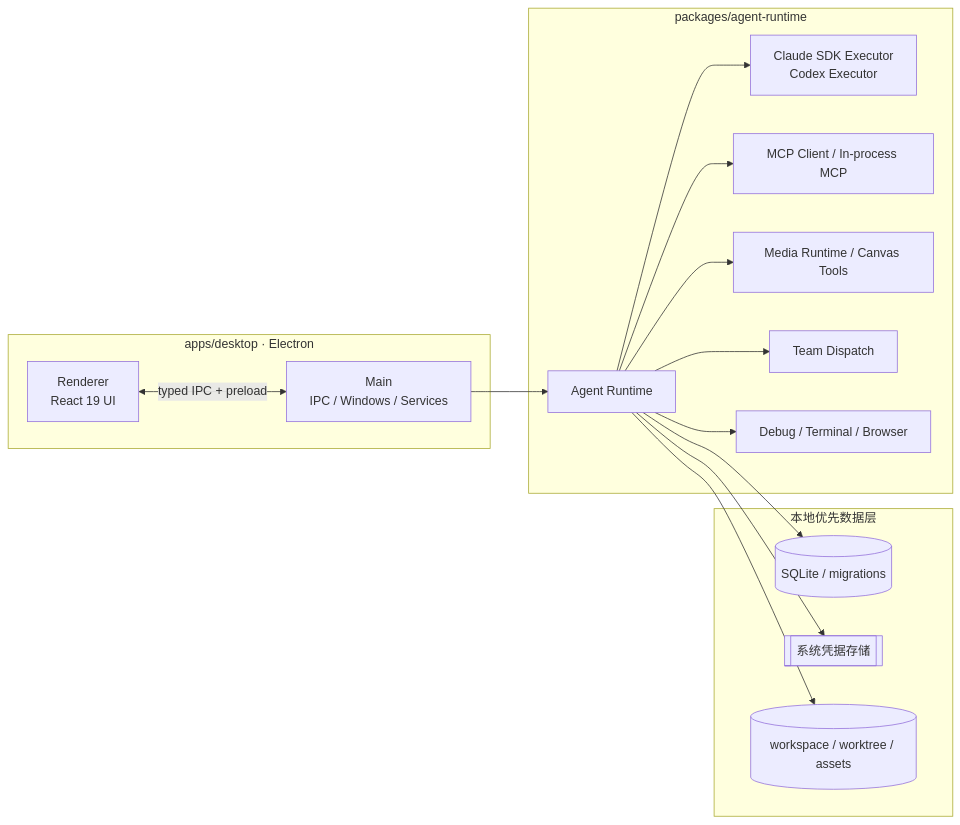
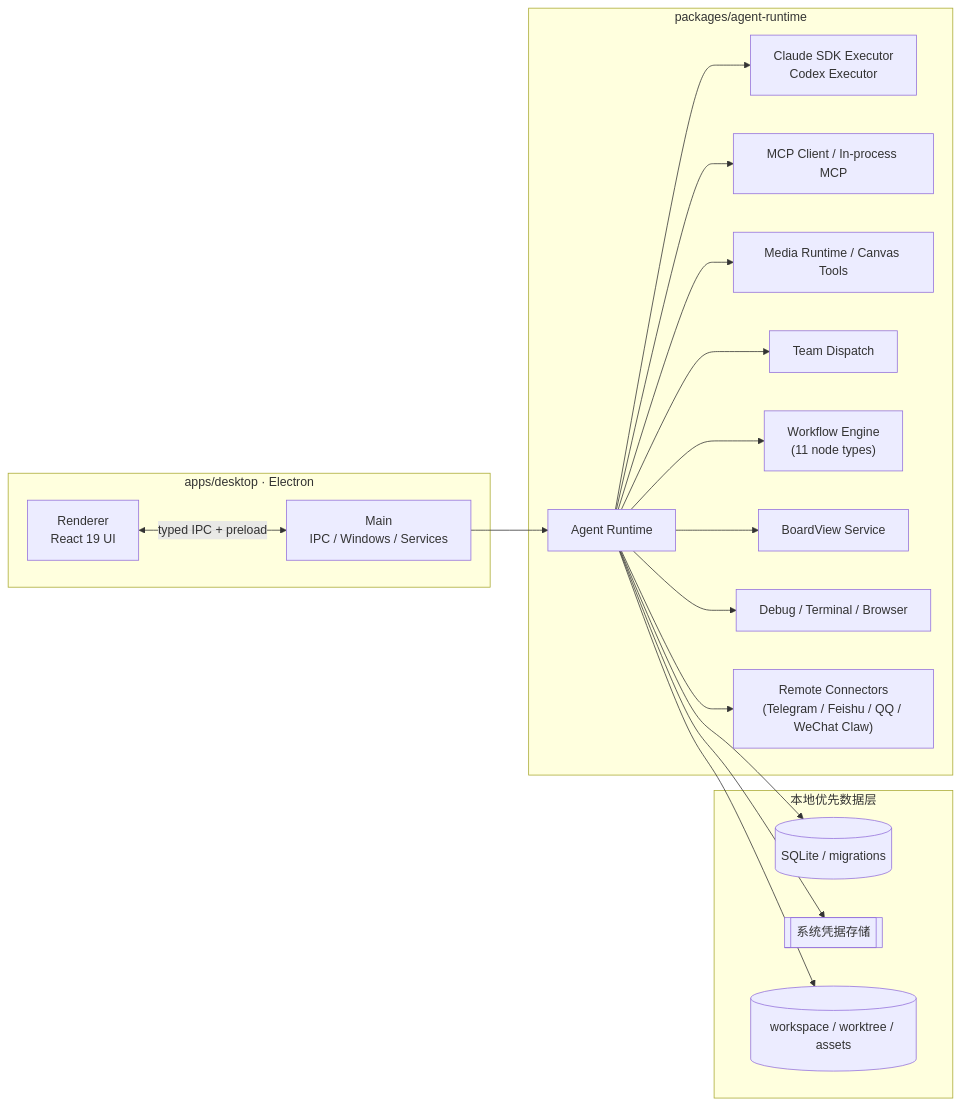
Before and after one commit to alexanderizh/spark-agent: the second of 2 diagrams in README.md, drawn with Mermaid. The commit also changed other lines of this file and 11 other files, not shown here.

````diff
--- a/README.md
+++ b/README.md
@@ -150,30 +169,36 @@
 ```mermaid
 graph LR
     subgraph Desktop["apps/desktop · Electron"]
         R["Renderer<br/>React 19 UI"]
         M["Main<br/>IPC / Windows / Services"]
     end
     subgraph Runtime["packages/agent-runtime"]
         AL["Agent Runtime"]
         EX["Claude SDK Executor<br/>Codex Executor"]
         MCP["MCP Client / In-process MCP"]
         MED["Media Runtime / Canvas Tools"]
         TEAM["Team Dispatch"]
+        WF["Workflow Engine<br/>(11 node types)"]
+        BD["BoardView Service"]
         DBG["Debug / Terminal / Browser"]
+        RC["Remote Connectors<br/>(Telegram / Feishu / QQ / WeChat Claw)"]
     end
     subgraph Data["本地优先数据层"]
         DB[(SQLite / migrations)]
         KEY[[系统凭据存储]]
         FS[(workspace / worktree / assets)]
     end
     R <-->|typed IPC + preload| M
     M --> AL
     AL --> EX
     AL --> MCP
     AL --> MED
     AL --> TEAM
+    AL --> WF
+    AL --> BD
     AL --> DBG
+    AL --> RC
     AL --> DB
     AL --> KEY
     AL --> FS
 ```
````
